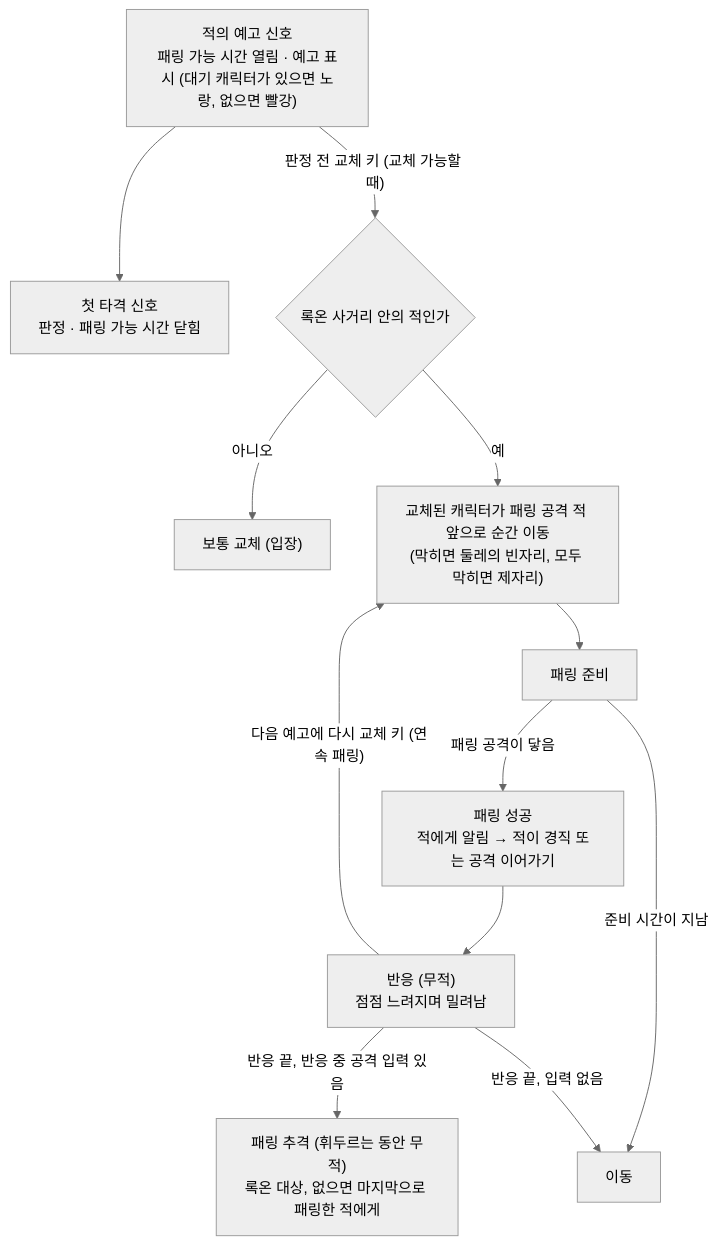
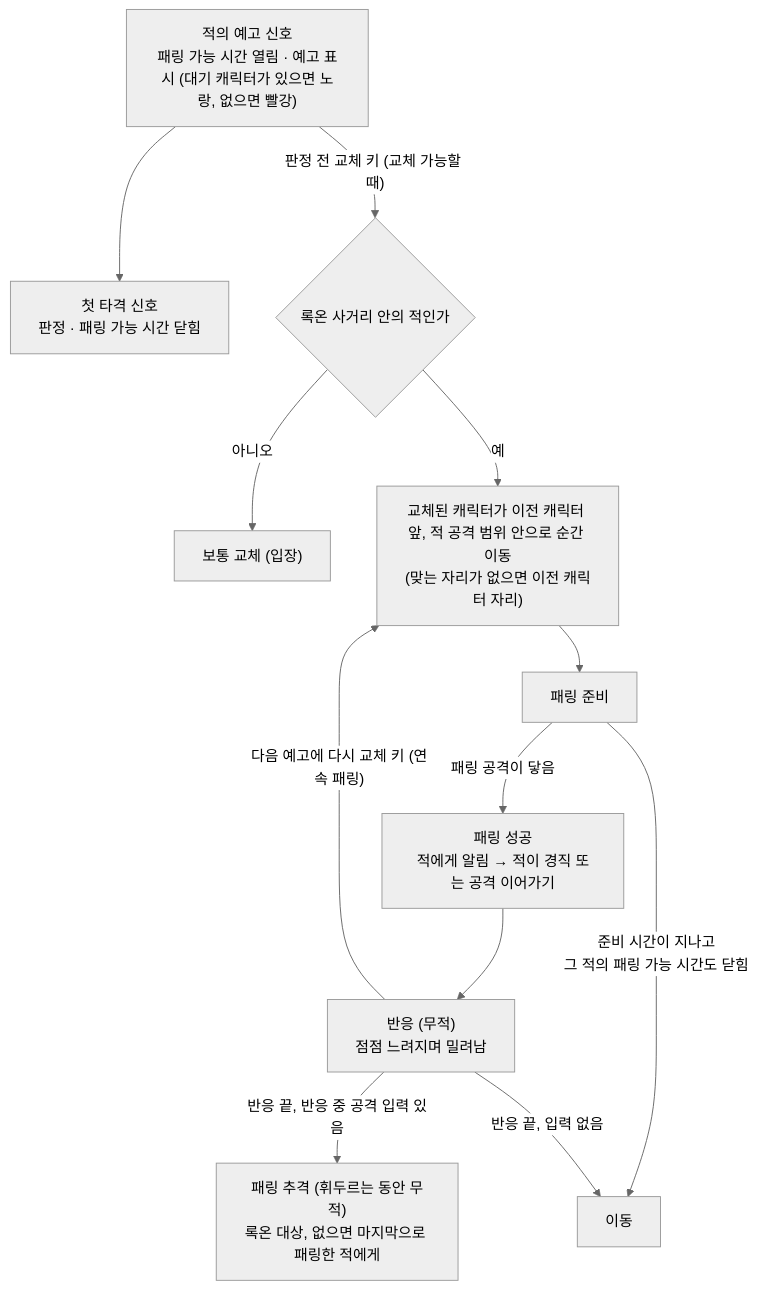
One commit to SquashPrince/Develrocket_mp15_HHH changed the third of 3 diagrams in Docs/Technical/Player/PlayerHit.md. Above: the diagram before and after it, drawn with Mermaid (neutral theme). The commit also changed other lines of this file and 110 other files, not shown here.

````diff
--- a/Docs/Technical/Player/PlayerHit.md
+++ b/Docs/Technical/Player/PlayerHit.md
@@ -105,14 +105,14 @@
 ```mermaid
 flowchart TD
     Y["적의 예고 신호<br>패링 가능 시간 열림 · 예고 표시 (대기 캐릭터가 있으면 노랑, 없으면 빨강)"] --> J["첫 타격 신호<br>판정 · 패링 가능 시간 닫힘"]
     Y -->|"판정 전 교체 키 (교체 가능할 때)"| D{"록온 사거리 안의 적인가"}
     D -->|"아니오"| N["보통 교체 (입장)"]
-    D -->|"예"| T["교체된 캐릭터가 패링 공격 적 앞으로 순간 이동<br>(막히면 둘레의 빈자리, 모두 막히면 제자리)"]
+    D -->|"예"| T["교체된 캐릭터가 이전 캐릭터 앞, 적 공격 범위 안으로 순간 이동<br>(맞는 자리가 없으면 이전 캐릭터 자리)"]
     T --> R["패링 준비"]
     R -->|"패링 공격이 닿음"| S["패링 성공<br>적에게 알림 → 적이 경직 또는 공격 이어가기"]
-    R -->|"준비 시간이 지남"| L["이동"]
+    R -->|"준비 시간이 지나고<br>그 적의 패링 가능 시간도 닫힘"| L["이동"]
     S --> P["반응 (무적)<br>점점 느려지며 밀려남"]
     P -->|"다음 예고에 다시 교체 키 (연속 패링)"| T
     P -->|"반응 끝, 반응 중 공격 입력 있음"| C["패링 추격 (휘두르는 동안 무적)<br>록온 대상, 없으면 마지막으로 패링한 적에게"]
     P -->|"반응 끝, 입력 없음"| L
 ```
````
